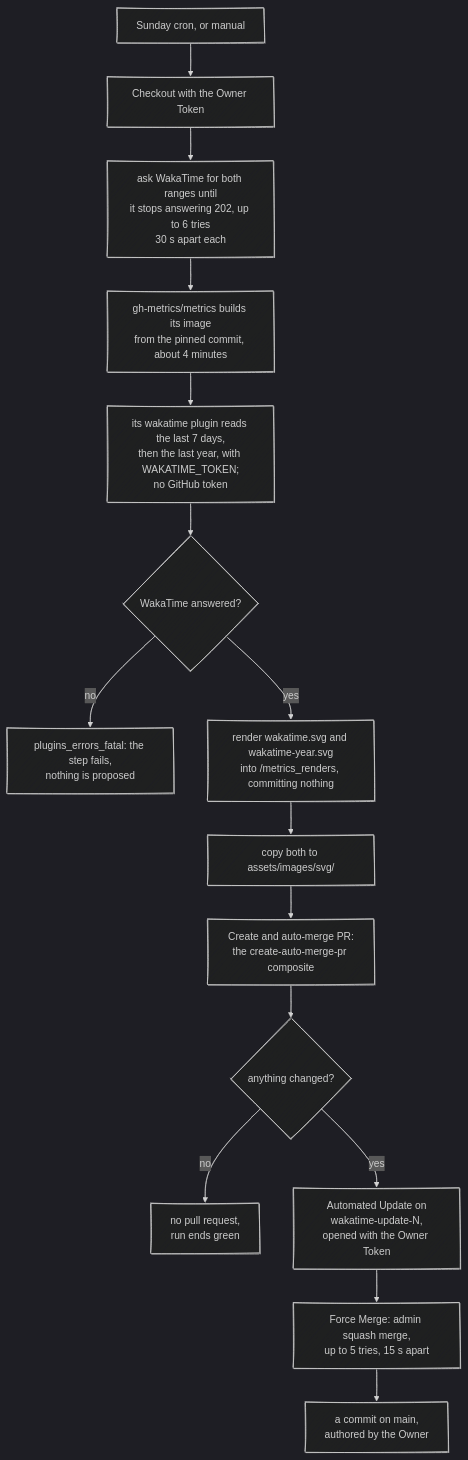
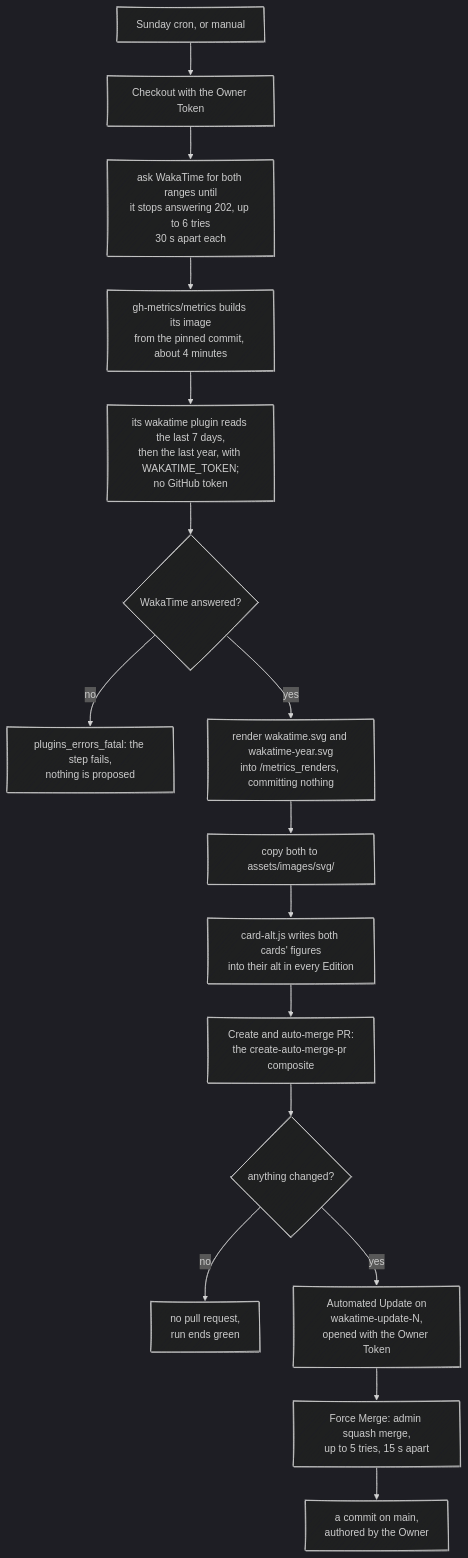
Before and after one commit to fbuireu/fbuireu: the third of 10 diagrams in ARCHITECTURE.md, drawn with Mermaid (dark theme). The commit also changed other lines of this file and 13 other files, not shown here.

First line of the commit message:
fix: say the cards' figures, silence the heading GIF and stop the snake on request

````diff
--- a/ARCHITECTURE.md
+++ b/ARCHITECTURE.md
@@ -143,22 +143,23 @@
 ```mermaid
 ---
 config:
   look: handDrawn
   layout: dagre
 ---
 flowchart TD
     cron["Sunday cron, or manual"] --> checkout["Checkout with the Owner Token"]
     checkout --> warm["ask WakaTime for both ranges until<br/>it stops answering 202, up to 6 tries<br/>30 s apart each"]
     warm --> build["gh-metrics/metrics builds its image<br/>from the pinned commit, about 4 minutes"]
     build --> fetch["its wakatime plugin reads the last 7 days,<br/>then the last year, with WAKATIME_TOKEN;<br/>no GitHub token"]
     fetch --> answered{"WakaTime answered?"}
     answered -->|no| failed["plugins_errors_fatal: the step fails,<br/>nothing is proposed"]
     answered -->|yes| render["render wakatime.svg and wakatime-year.svg<br/>into /metrics_renders, committing nothing"]
     render --> copy["copy both to assets/images/svg/"]
-    copy --> composite["Create and auto-merge PR:<br/>the create-auto-merge-pr composite"]
+    copy --> alt["card-alt.js writes both cards' figures<br/>into their alt in every Edition"]
+    alt --> composite["Create and auto-merge PR:<br/>the create-auto-merge-pr composite"]
     composite --> diff{"anything changed?"}
     diff -->|no| none["no pull request,<br/>run ends green"]
     diff -->|yes| pr["Automated Update on<br/>wakatime-update-N,<br/>opened with the Owner Token"]
     pr --> merge["Force Merge: admin squash merge,<br/>up to 5 tries, 15 s apart"]
     merge --> main["a commit on main,<br/>authored by the Owner"]
 ```
````
